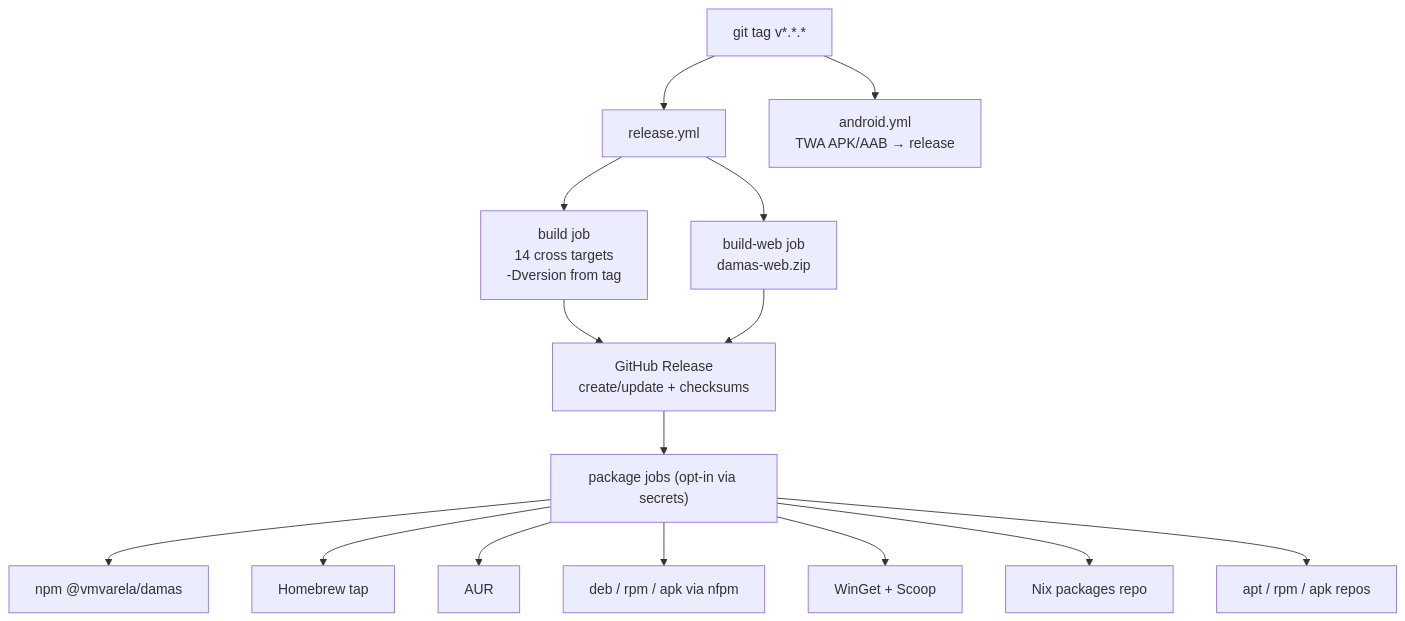
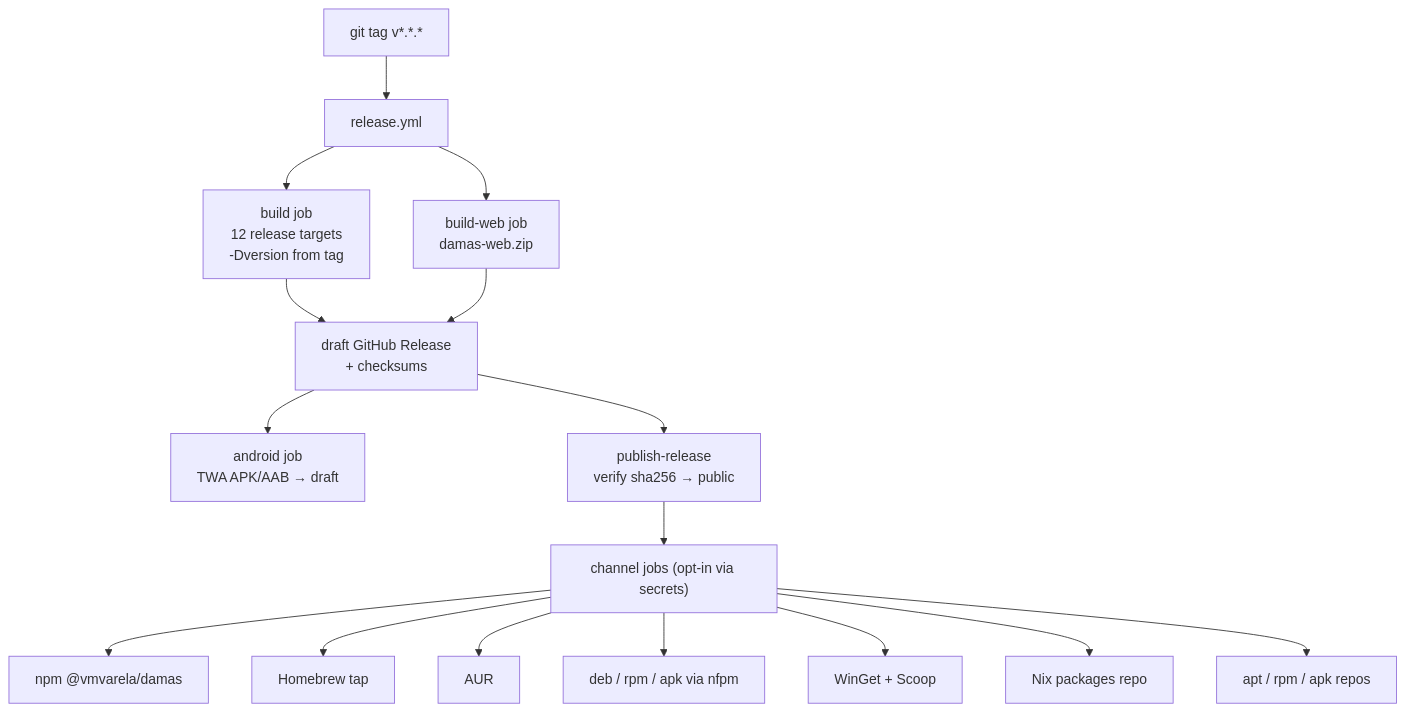
The second of 2 diagrams in docs/10-build-ci-packaging.md (vmvarela/damas), drawn with Mermaid before and after one commit. The commit also changed other lines of this file and 2 other files, not shown here.

Commit message:
docs: describe draft-first release flow and drop NetBSD from damas docs

````diff
--- a/docs/10-build-ci-packaging.md
+++ b/docs/10-build-ci-packaging.md
@@ -168,17 +174,18 @@
 ```mermaid
 flowchart TB
     tag["git tag v*.*.*"] --> release["release.yml"]
-    release --> build["build job<br/>14 cross targets<br/>-Dversion from tag"]
+    release --> build["build job<br/>12 release targets<br/>-Dversion from tag"]
     release --> web["build-web job<br/>damas-web.zip"]
-    build --> gh["GitHub Release<br/>create/update + checksums"]
+    build --> gh["draft GitHub Release<br/>+ checksums"]
     web --> gh
-    gh --> consumers["package jobs (opt-in via secrets)"]
+    gh --> android["android job<br/>TWA APK/AAB → draft"]
+    gh --> verify["publish-release<br/>verify sha256 → public"]
+    verify --> consumers["channel jobs (opt-in via secrets)"]
     consumers --> npm["npm @vmvarela/damas"]
     consumers --> hb["Homebrew tap"]
     consumers --> aur["AUR"]
     consumers --> nfpm2["deb / rpm / apk via nfpm"]
     consumers --> winget["WinGet + Scoop"]
     consumers --> nix["Nix packages repo"]
     consumers --> repos["apt / rpm / apk repos"]
-    tag --> android["android.yml<br/>TWA APK/AAB → release"]
 ```
````
